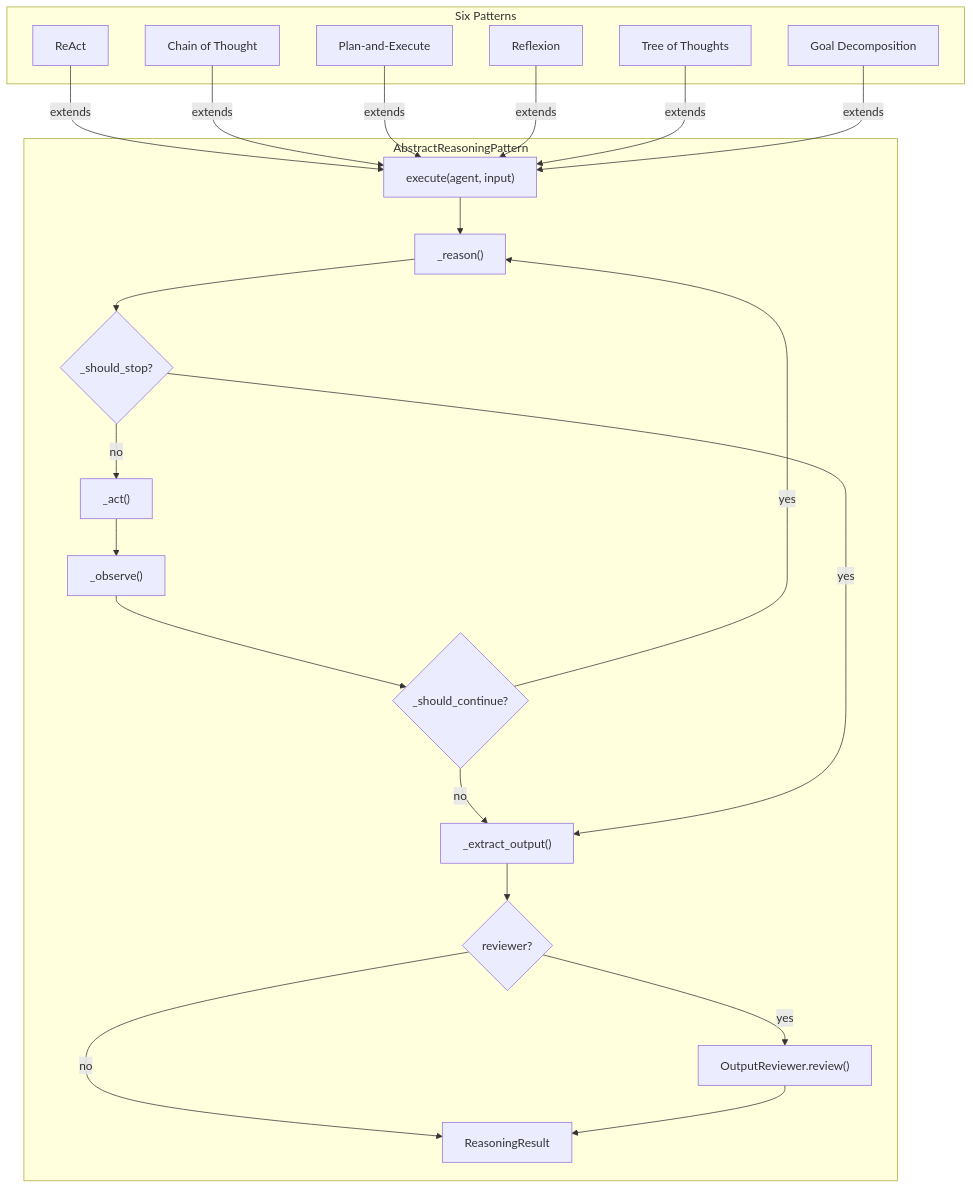
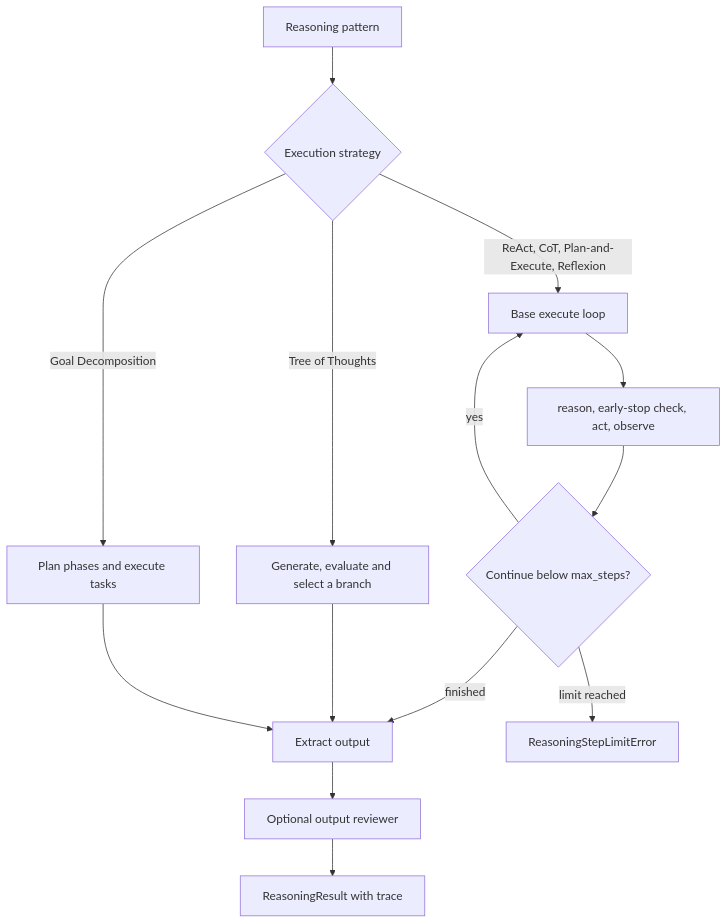
One commit to fireflyframework/fireflyframework-agentic changed the third of 8 diagrams in docs/tutorial.md. Above: the diagram before and after it, drawn with Mermaid. The commit also changed other lines of this file and 49 other files, not shown here.

Commit message:
Align diagrams and guides with framework behavior

````diff
--- a/docs/tutorial.md
+++ b/docs/tutorial.md
@@ -1363,33 +1307,16 @@
 ```mermaid
-graph TD
-    subgraph AbstractReasoningPattern
-        EX["execute(agent, input)"] --> R["_reason()"]
-        R --> STOP{"_should_stop?"}
-        STOP -->|no| A["_act()"]
-        A --> O["_observe()"]
-        O --> CONT{"_should_continue?"}
-        CONT -->|yes| R
-        CONT -->|no| OUT["_extract_output()"]
-        STOP -->|yes| OUT
-        OUT --> REV{"reviewer?"}
-        REV -->|yes| REVIEW["OutputReviewer.review()"]
-        REV -->|no| RESULT["ReasoningResult"]
-        REVIEW --> RESULT
-    end
-
-    subgraph Six Patterns
-        REACT["ReAct"]
-        COT["Chain of Thought"]
-        PAE["Plan-and-Execute"]
-        REF["Reflexion"]
-        TOT["Tree of Thoughts"]
-        GD["Goal Decomposition"]
-    end
-
-    REACT -->|extends| EX
-    COT -->|extends| EX
-    PAE -->|extends| EX
-    REF -->|extends| EX
-    TOT -->|extends| EX
-    GD -->|extends| EX
+flowchart TD
+    PATTERN["Reasoning pattern"] --> MODE{"Execution strategy"}
+    MODE -->|ReAct, CoT, Plan-and-Execute, Reflexion| LOOP["Base execute loop"]
+    LOOP --> REASON["reason, early-stop check, act, observe"]
+    REASON --> CONTINUE{"Continue below max_steps?"}
+    CONTINUE -->|yes| LOOP
+    CONTINUE -->|finished| OUTPUT["Extract output"]
+    CONTINUE -->|limit reached| ERROR["ReasoningStepLimitError"]
+    MODE -->|Tree of Thoughts| TREE["Generate, evaluate and select a branch"]
+    MODE -->|Goal Decomposition| GOALS["Plan phases and execute tasks"]
+    TREE --> OUTPUT
+    GOALS --> OUTPUT
+    OUTPUT --> REVIEW["Optional output reviewer"]
+    REVIEW --> RESULT["ReasoningResult with trace"]
 ```
````
